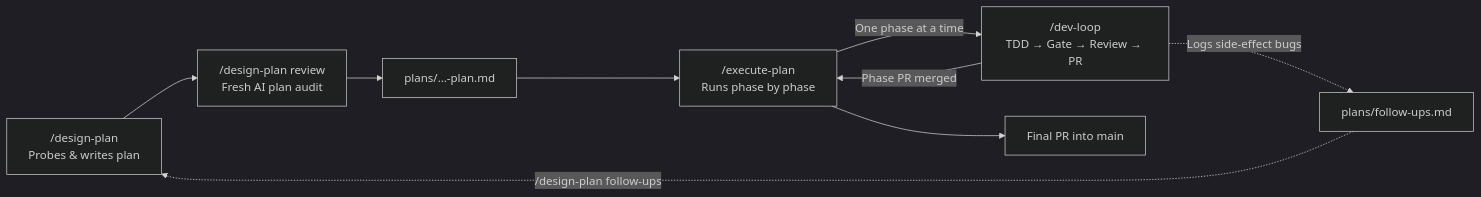
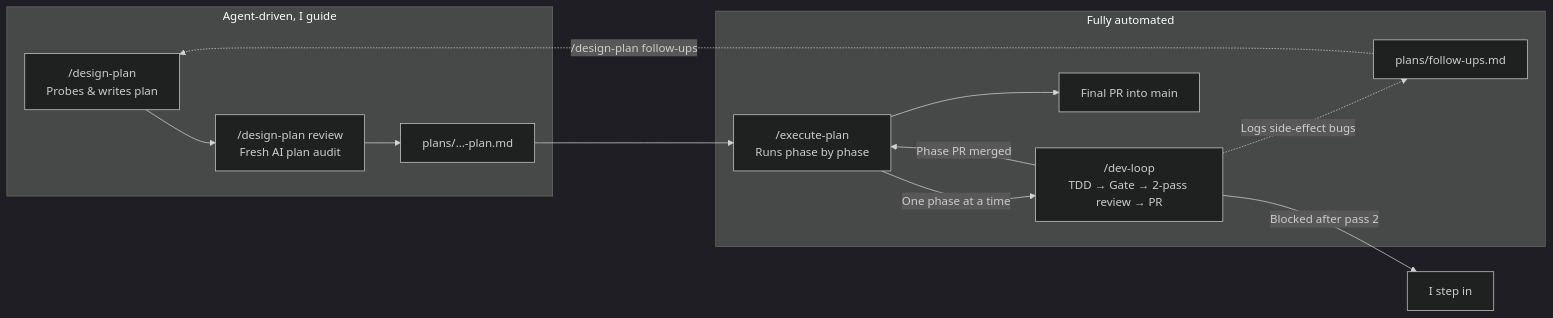
The first of 2 diagrams in app/data/blog/2026-11-07-bootstrap-loop-and-gofront-1-9.md (seriva/website), drawn with Mermaid (dark theme) before and after one commit. The commit also changed other lines of this file and 2 other files, not shown here.

Commit message:
docs(blog): refine Bootstrap workflow post and content metadata
Update blog post copy to highlight the distinction between interactive planning and fully automated execution, update flowchart annotations, and synchronize content metadata.

````diff
--- a/app/data/blog/2026-11-07-bootstrap-loop-and-gofront-1-9.md
+++ b/app/data/blog/2026-11-07-bootstrap-loop-and-gofront-1-9.md
@@ -14,11 +14,17 @@
 ```mermaid
 flowchart LR
-    DP["/design-plan<br/>Probes & writes plan"] --> DPreview["/design-plan review<br/>Fresh AI plan audit"]
-    DPreview --> Plan["plans/…-plan.md"]
-    Plan --> EP["/execute-plan<br/>Runs phase by phase"]
-    EP -->|"One phase at a time"| DL["/dev-loop<br/>TDD → Gate → Review → PR"]
-    DL -->|"Phase PR merged"| EP
-    DL -.->|"Logs side-effect bugs"| FU["plans/follow-ups.md"]
+    subgraph Manual["Agent-driven, I guide"]
+        DP["/design-plan<br/>Probes & writes plan"] --> DPreview["/design-plan review<br/>Fresh AI plan audit"]
+        DPreview --> Plan["plans/…-plan.md"]
+    end
+    subgraph Auto["Fully automated"]
+        EP["/execute-plan<br/>Runs phase by phase"]
+        EP -->|"One phase at a time"| DL["/dev-loop<br/>TDD → Gate → 2-pass review → PR"]
+        DL -->|"Phase PR merged"| EP
+        DL -.->|"Logs side-effect bugs"| FU["plans/follow-ups.md"]
+        EP --> Final["Final PR into main"]
+    end
+    Plan --> EP
+    DL -->|"Blocked after pass 2"| Me["I step in"]
     FU -.->|"/design-plan follow-ups"| DP
-    EP --> Final["Final PR into main"]
 ```
````
